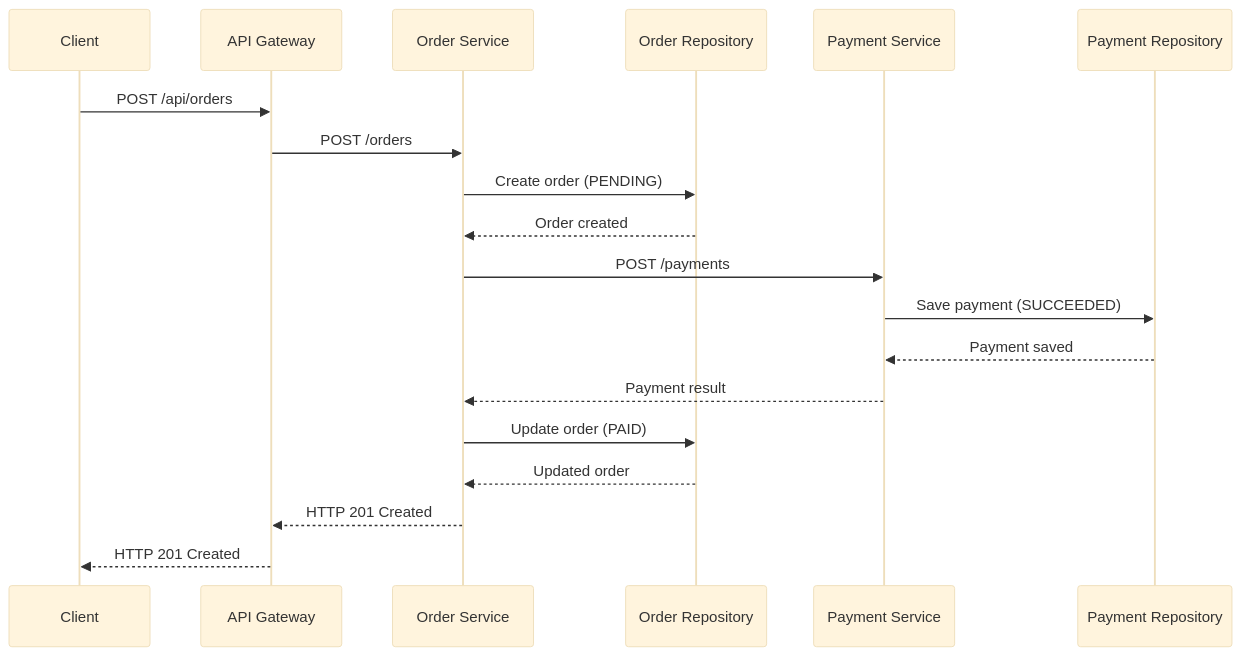
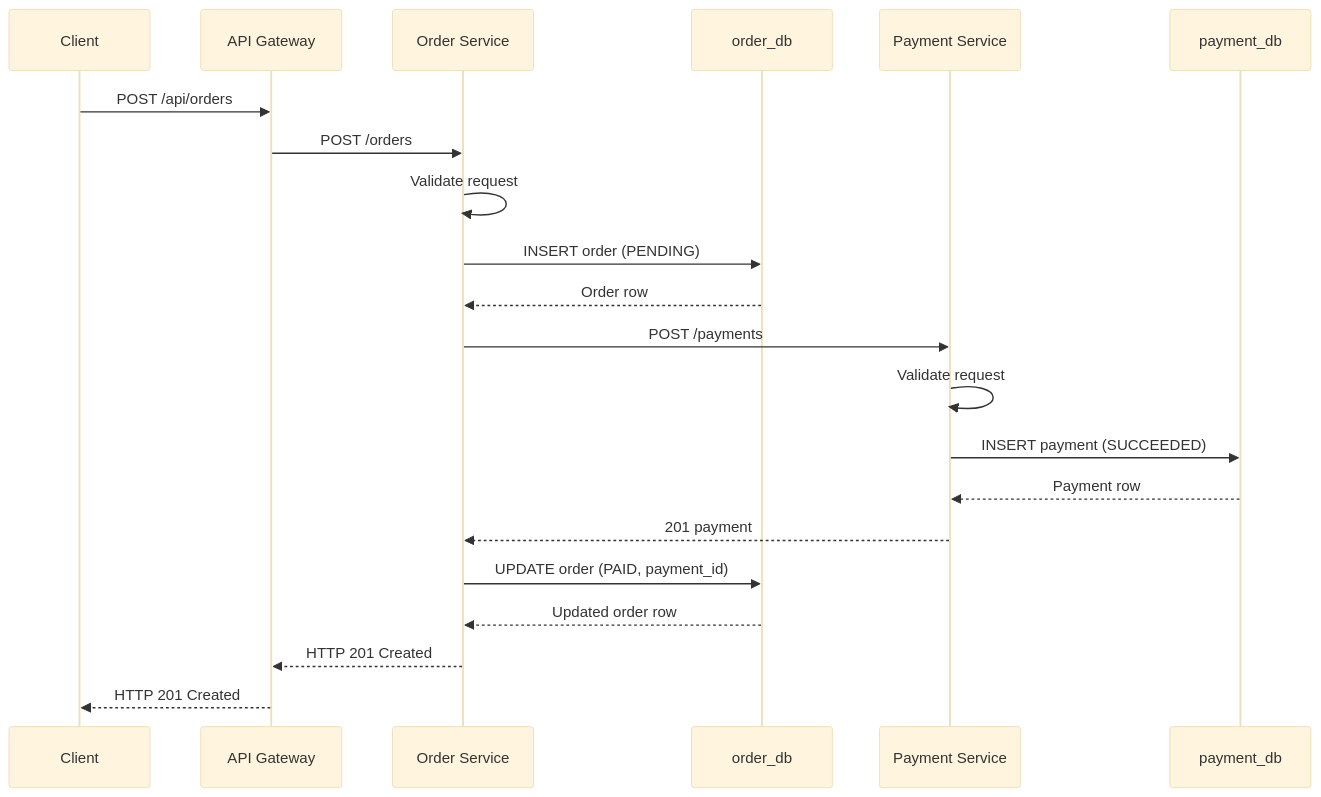
Before and after one commit to aliaagamall/pulsetrace: the first of 6 diagrams in docs/architecture/request-flow.md, drawn with Mermaid (base theme). The commit also changed other lines of this file and 10 other files, not shown here.

````diff
--- a/docs/architecture/request-flow.md
+++ b/docs/architecture/request-flow.md
@@ -17,25 +15,27 @@
 ```mermaid
 sequenceDiagram
     participant C as Client
     participant G as API Gateway
     participant O as Order Service
-    participant OR as Order Repository
+    participant ODB as order_db
     participant P as Payment Service
-    participant PR as Payment Repository
+    participant PDB as payment_db
 
     C->>G: POST /api/orders
     G->>O: POST /orders
-    O->>OR: Create order (PENDING)
-    OR-->>O: Order created
+    O->>O: Validate request
+    O->>ODB: INSERT order (PENDING)
+    ODB-->>O: Order row
 
     O->>P: POST /payments
-    P->>PR: Save payment (SUCCEEDED)
-    PR-->>P: Payment saved
-    P-->>O: Payment result
+    P->>P: Validate request
+    P->>PDB: INSERT payment (SUCCEEDED)
+    PDB-->>P: Payment row
+    P-->>O: 201 payment
 
-    O->>OR: Update order (PAID)
-    OR-->>O: Updated order
+    O->>ODB: UPDATE order (PAID, payment_id)
+    ODB-->>O: Updated order row
 
     O-->>G: HTTP 201 Created
     G-->>C: HTTP 201 Created
 ```
````
